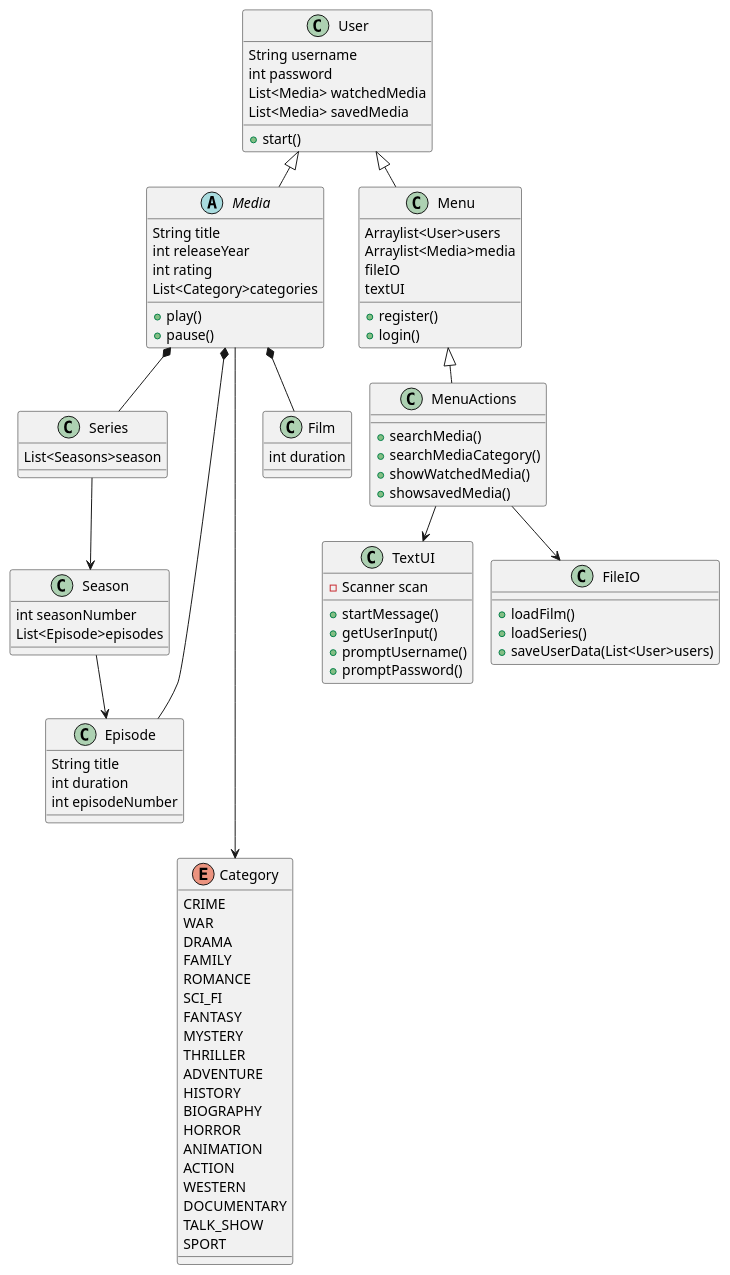
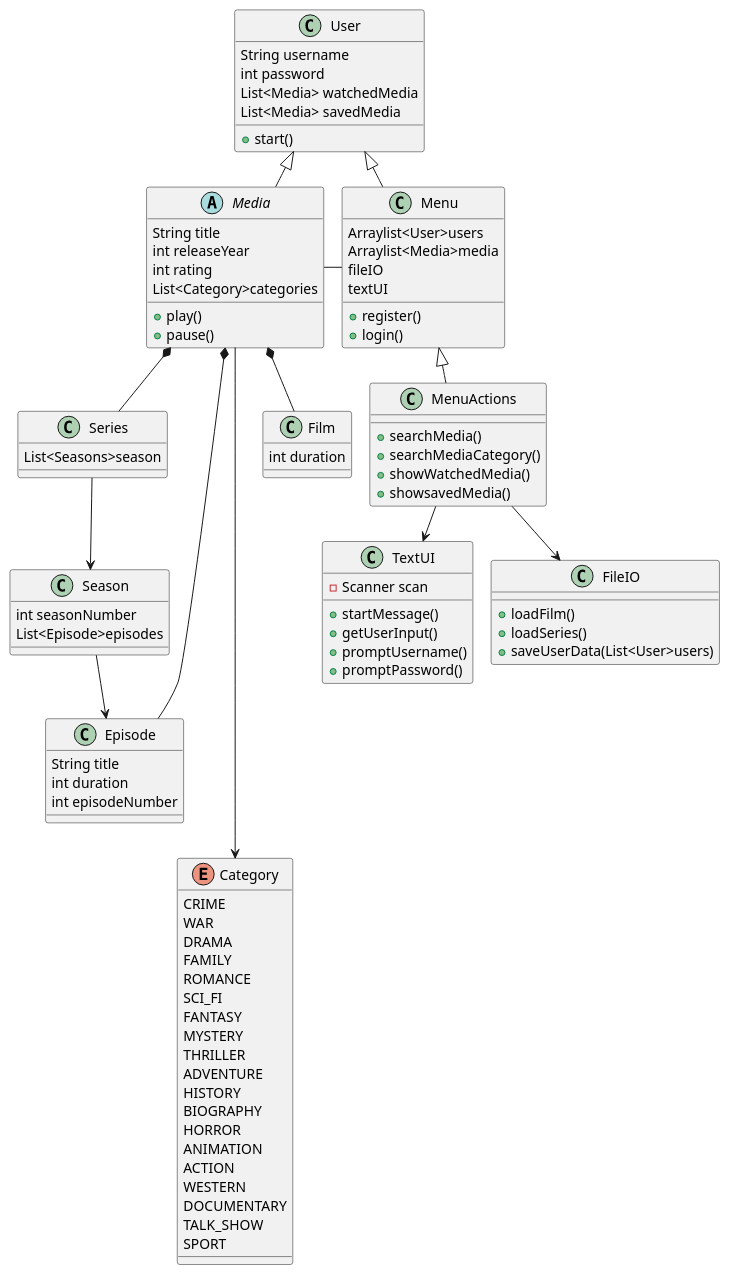
The diagram in doc/klassediagramV1.puml (Gabbyskii/SP3), drawn with PlantUML before and after one commit.

Commit message:
klassediagramv1

```diff
--- a/doc/klassediagramV1.puml
+++ b/doc/klassediagramV1.puml
@@ -1,110 +1,112 @@
 @startuml
 !pragma layout smetana
 'https://plantuml.com/class-diagram
 
 abstract class Media{
 String title
 int releaseYear
 int rating
 List<Category>categories
 + play()
 + pause()
 }
 
 class Menu{
 Arraylist<User>users
 Arraylist<Media>media
 fileIO
 textUI
 + register()
 + login()
 }
 
 class User{
 String username
 int password
 List<Media> watchedMedia
 List<Media> savedMedia
 + start()
 }
 
 class Film{
 int duration
 }
 
 class MenuActions{
 + searchMedia()
 + searchMediaCategory()
 + showWatchedMedia()
 + showsavedMedia()
 }
 
 class Series{
 List<Seasons>season
 }
 class Season{
 int seasonNumber
 List<Episode>episodes
 }
 class Episode{
 String title
 int duration
 int episodeNumber
 }
 
 enum Category{
 CRIME
  WAR
  DRAMA
  FAMILY
  ROMANCE
  SCI_FI
  FANTASY
  MYSTERY
  THRILLER
  ADVENTURE
  HISTORY
  BIOGRAPHY
  HORROR
  ANIMATION
  ACTION
  WESTERN
  DOCUMENTARY
  TALK_SHOW
  SPORT
 }
 
 class FileIO{
 + loadFilm()
 + loadSeries()
 + saveUserData(List<User>users)
 }
 
 class TextUI{
 - Scanner scan
 + startMessage()
 + getUserInput()
 + promptUsername()
 + promptPassword()
 }
 
 Media *-- Film
 Media *-- Series
 Series --> Season
 Season --> Episode
 User <|-- Media
 User <|-- Menu
 
 
 
 Menu <|-- MenuActions
 
 MenuActions --> FileIO
 MenuActions --> TextUI
 
+Media - Menu
+
 Episode --* Media
 Media -----> Category
 
 
 
 @enduml
```
